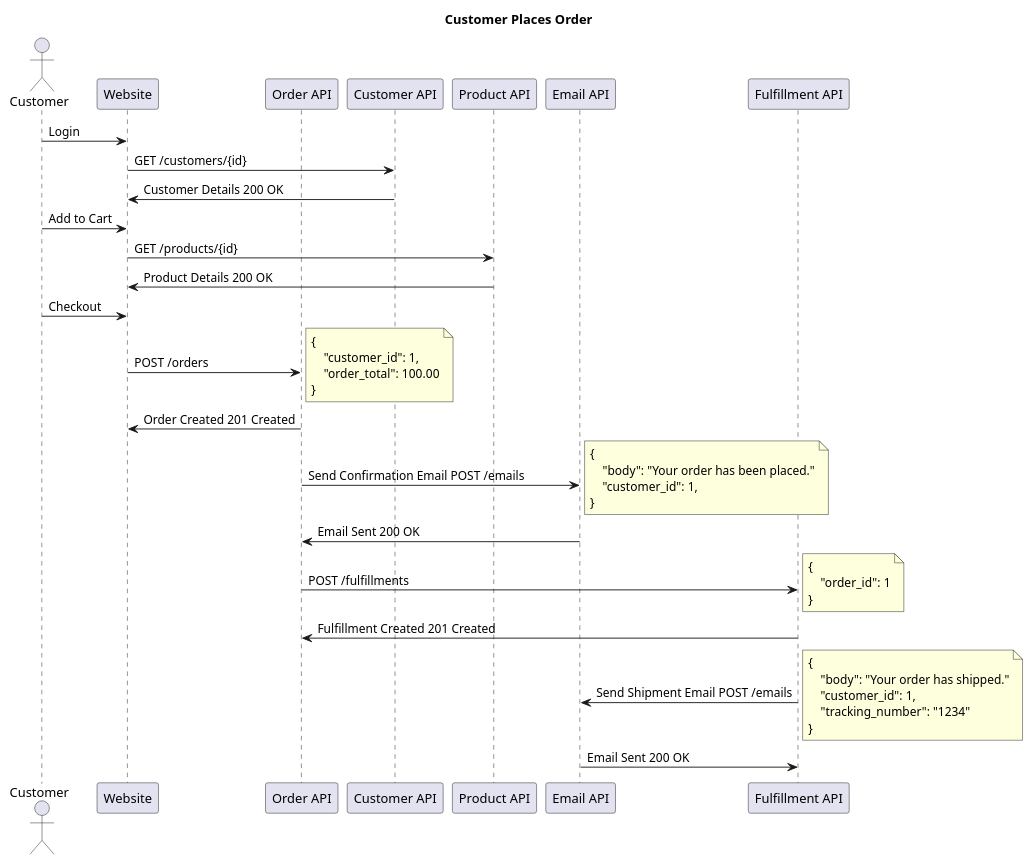
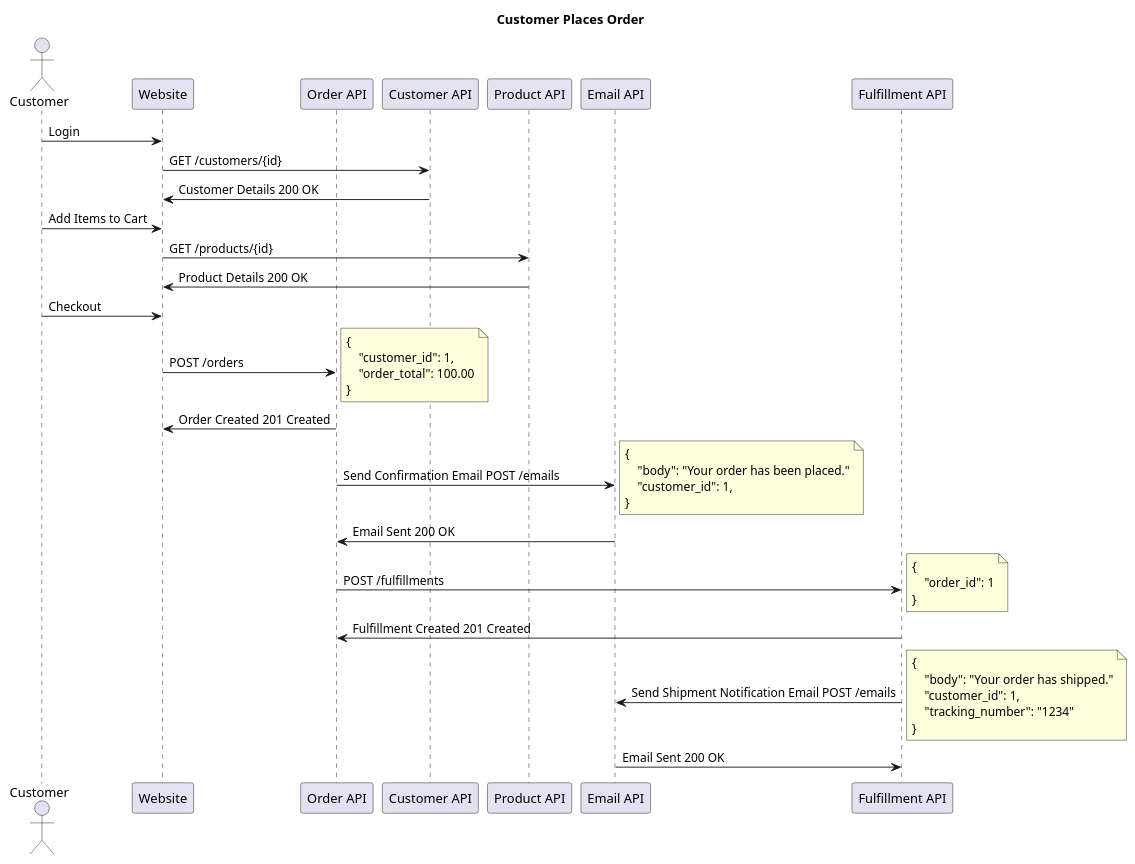
One commit to jjoneson/workforce-demo-scratch changed the diagram in architecture/sequence-diagrams/Customer Places Order.md. Above: the diagram before and after it, drawn with PlantUML.

Commit message:
Updated by Workflow

````diff
--- a/architecture/sequence-diagrams/Customer Places Order.md
+++ b/architecture/sequence-diagrams/Customer Places Order.md
@@ -2,58 +2,58 @@
 ```plantuml
 @startuml Customer Places Order
 title Customer Places Order
 actor Customer
 participant Website
 participant OrderAPI as "Order API"
 participant CustomerAPI as "Customer API"
 participant ProductAPI as "Product API"
 participant EmailAPI as "Email API"
 participant FulfillmentAPI as "Fulfillment API"
 
 Customer -> Website: Login
 Website -> CustomerAPI: GET /customers/{id}
 CustomerAPI -> Website: Customer Details 200 OK
 
-Customer -> Website: Add to Cart
+Customer -> Website: Add Items to Cart
 Website -> ProductAPI: GET /products/{id}
 ProductAPI -> Website: Product Details 200 OK
 
 Customer -> Website: Checkout
 Website -> OrderAPI: POST /orders
 note right
 {
     "customer_id": 1,
     "order_total": 100.00
 }
 end note
 OrderAPI -> Website: Order Created 201 Created
 
 OrderAPI -> EmailAPI: Send Confirmation Email POST /emails
 note right
 {
     "body": "Your order has been placed."
     "customer_id": 1,
 }
 end note
 EmailAPI -> OrderAPI: Email Sent 200 OK
 
 OrderAPI -> FulfillmentAPI: POST /fulfillments
 note right
 {
     "order_id": 1
 }
 end note
 FulfillmentAPI -> OrderAPI: Fulfillment Created 201 Created
 
-FulfillmentAPI -> EmailAPI: Send Shipment Email POST /emails
+FulfillmentAPI -> EmailAPI: Send Shipment Notification Email POST /emails
 note right
 {
     "body": "Your order has shipped."
     "customer_id": 1,
     "tracking_number": "1234" 
 }
 end note
 EmailAPI -> FulfillmentAPI: Email Sent 200 OK
 
 @enduml
 ```
````
